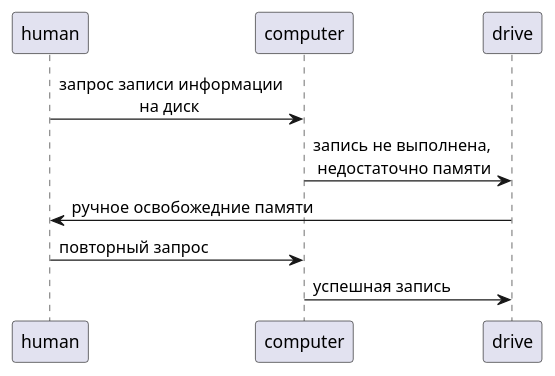
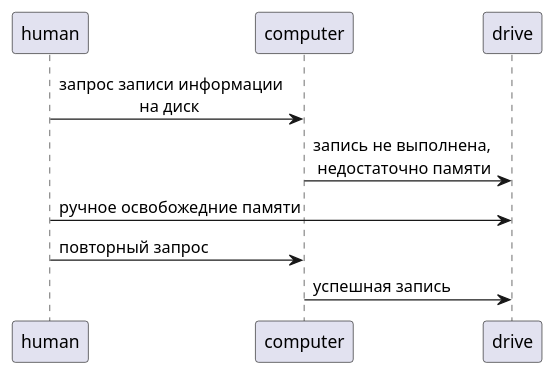
Before and after one commit to vekusxd/tasks: the diagram in UML/laba1/sequenceCase3.puml, drawn with PlantUML. The commit also changed 1 other file, not shown here.

```diff
--- a/UML/laba1/sequenceCase3.puml
+++ b/UML/laba1/sequenceCase3.puml
@@ -1,12 +1,12 @@
 @startuml case3
 
 participant human AS h
 participant computer as c
 participant drive as d
 
 h -> c : запрос записи информации\n \t\t   на диск
 c -> d : запись не выполнена,\n недостаточно памяти
-d -> h : ручное освобожедние памяти
+h -> d : ручное освобожедние памяти
 h -> c : повторный запрос
 c -> d : успешная запись
 @enduml
```
